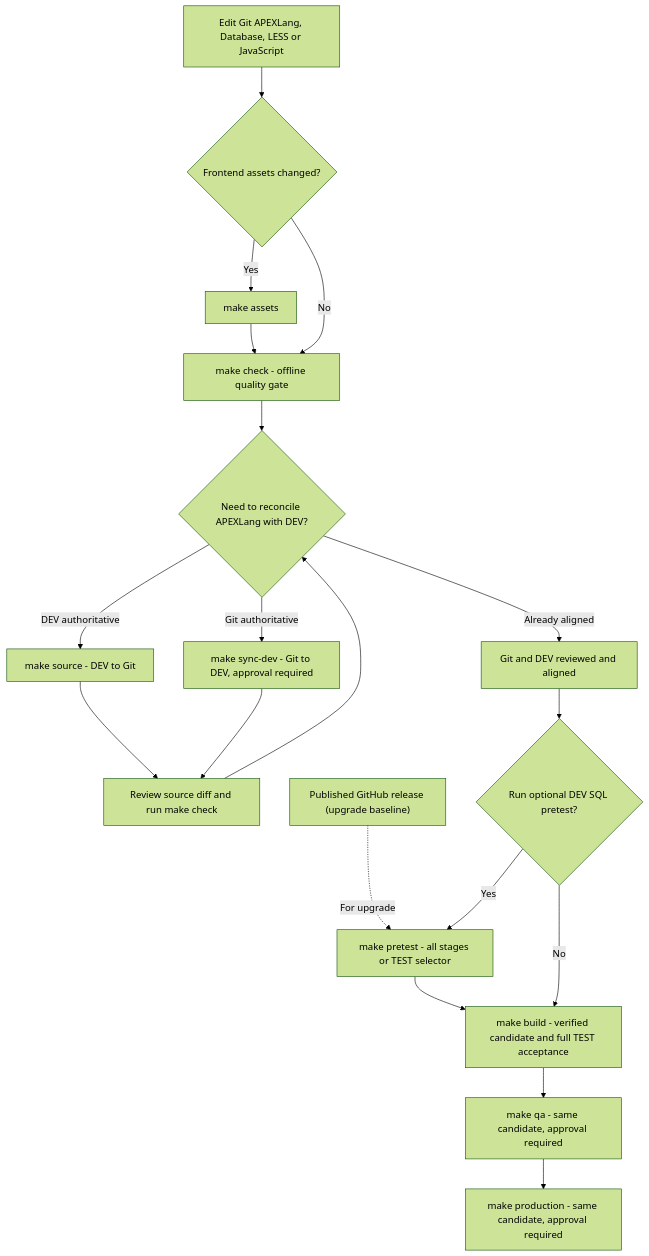
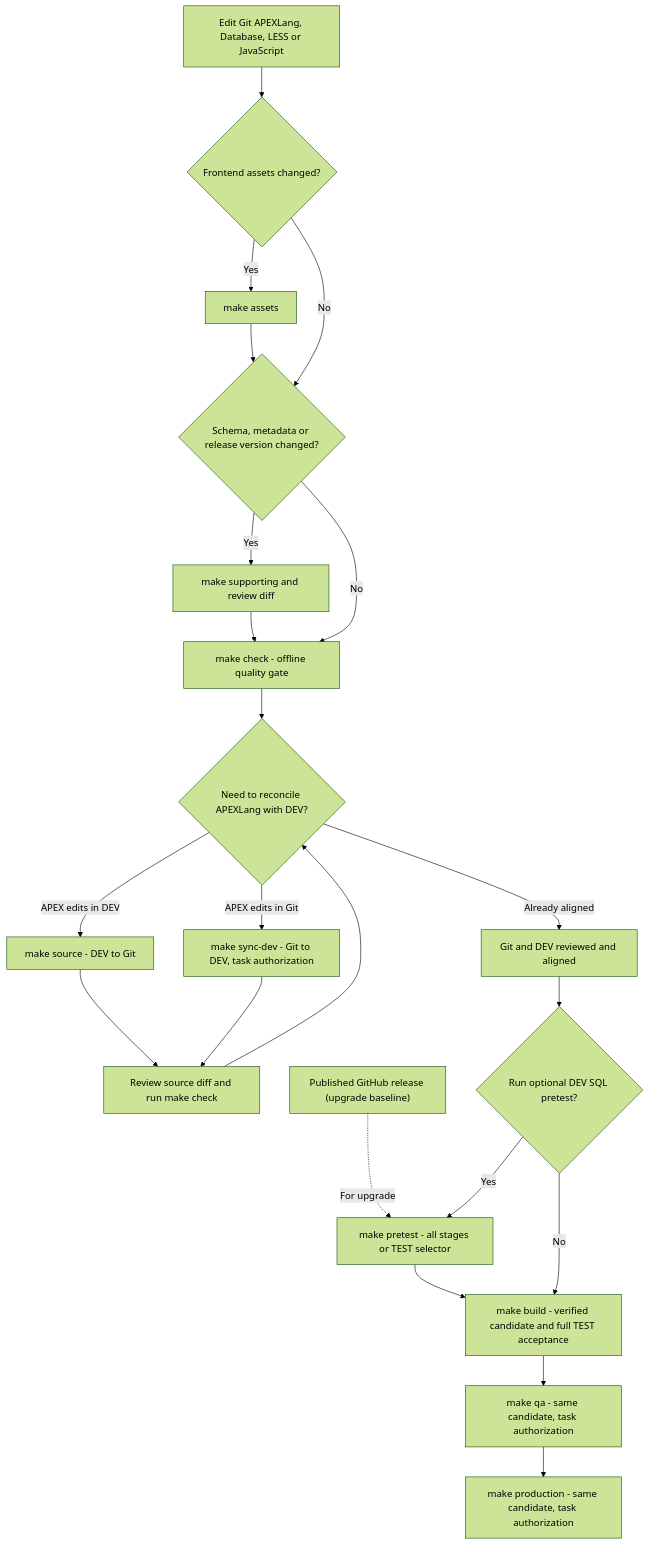
The first of 2 diagrams in automation/docs/DEVELOPMENT_FLOW.md (jariolaine/apex-blog), drawn with Mermaid (forest theme) before and after one commit. The commit also changed other lines of this file and 25 other files, not shown here.

````diff
--- a/automation/docs/DEVELOPMENT_FLOW.md
+++ b/automation/docs/DEVELOPMENT_FLOW.md
@@ -13,29 +23,33 @@
 ```mermaid
 flowchart TD
     Edit["Edit Git APEXLang, Database, LESS or JavaScript"]
     Assets{"Frontend assets changed?"}
     Generate["make assets"]
+    Objects{"Schema, metadata or release version changed?"}
+    Supporting["make supporting and review diff"]
     Check["make check - offline quality gate"]
     Align{"Need to reconcile APEXLang with DEV?"}
     Export["make source - DEV to Git"]
-    Import["make sync-dev - Git to DEV, approval required"]
+    Import["make sync-dev - Git to DEV, task authorization"]
     Review["Review source diff and run make check"]
     Ready["Git and DEV reviewed and aligned"]
     Pre{"Run optional DEV SQL pretest?"}
     Pretest["make pretest - all stages or TEST selector"]
     Github["Published GitHub release (upgrade baseline)"]
     Github -.->|For upgrade| Pretest
     Build["make build - verified candidate and full TEST acceptance"]
-    QA["make qa - same candidate, approval required"]
-    PROD["make production - same candidate, approval required"]
+    QA["make qa - same candidate, task authorization"]
+    PROD["make production - same candidate, task authorization"]
     Edit --> Assets
-    Assets -->|Yes| Generate --> Check
-    Assets -->|No| Check
+    Assets -->|Yes| Generate --> Objects
+    Assets -->|No| Objects
+    Objects -->|Yes| Supporting --> Check
+    Objects -->|No| Check
     Check --> Align
-    Align -->|DEV authoritative| Export --> Review --> Align
-    Align -->|Git authoritative| Import --> Review
+    Align -->|APEX edits in DEV| Export --> Review --> Align
+    Align -->|APEX edits in Git| Import --> Review
     Align -->|Already aligned| Ready --> Pre
     Pre -->|Yes| Pretest --> Build
     Pre -->|No| Build
     Build --> QA --> PROD
 ```
````
